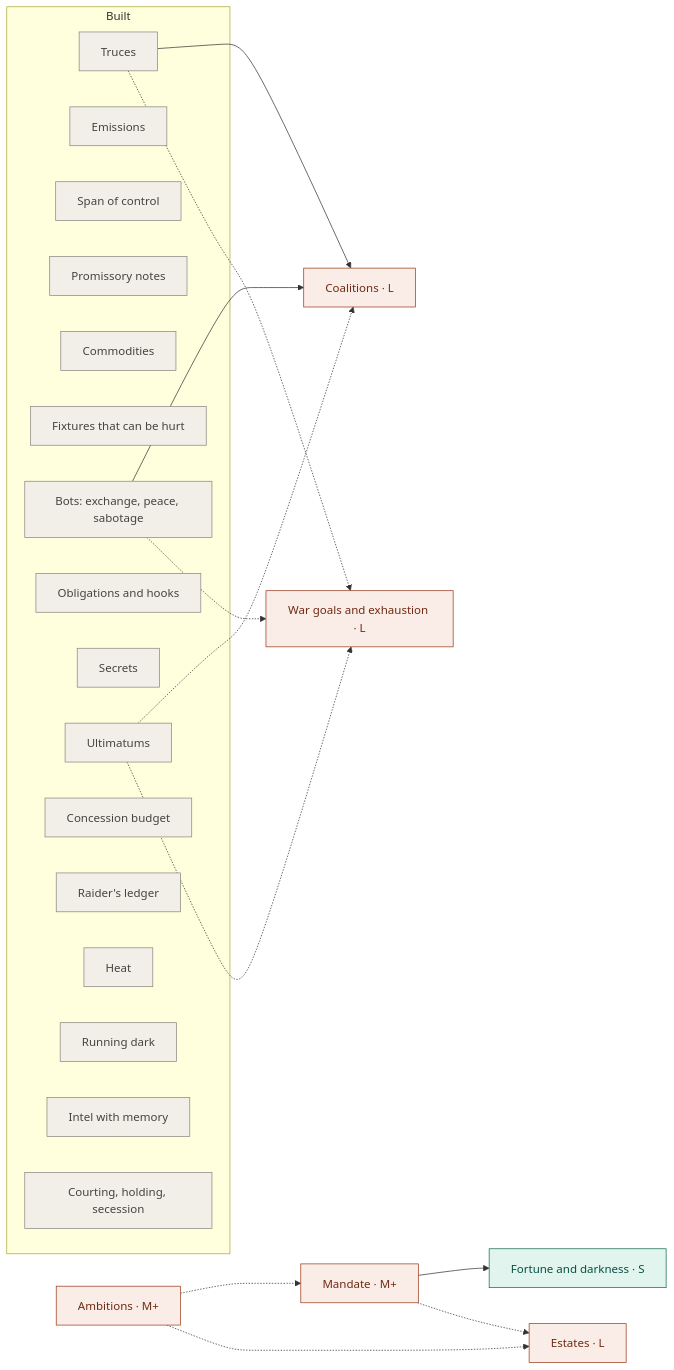
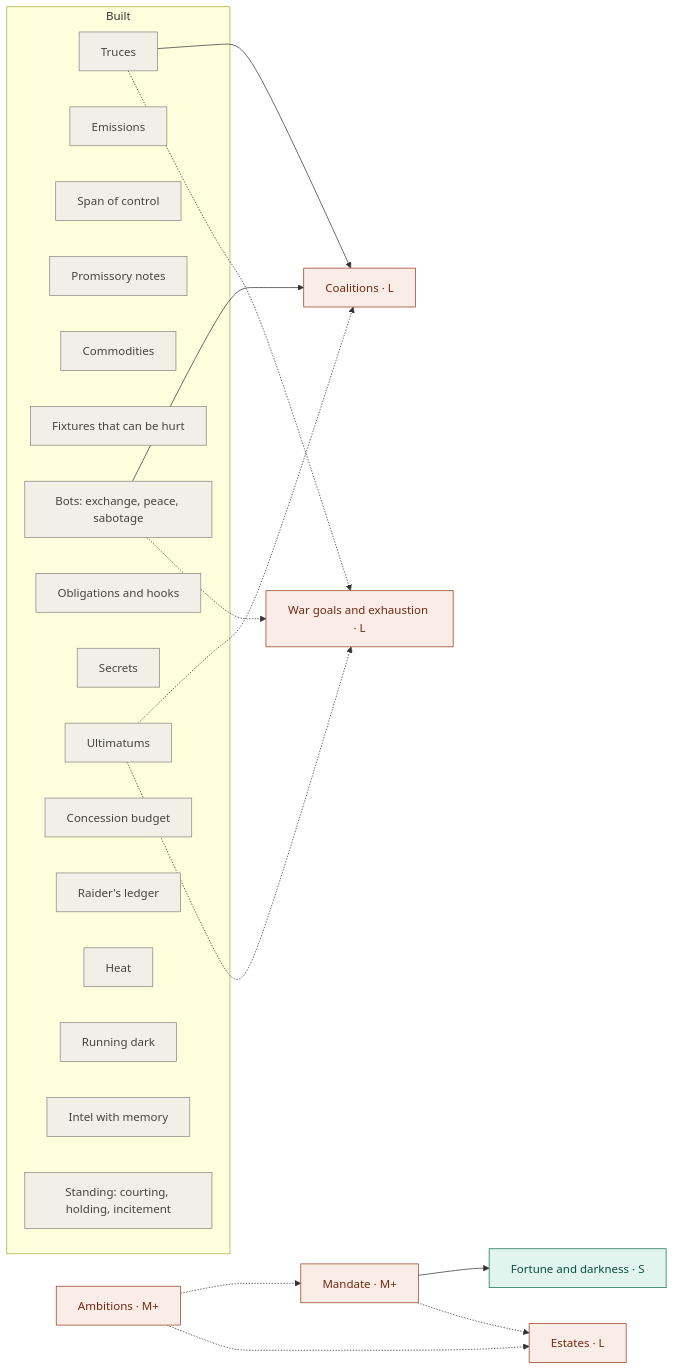
One commit to 1adityashetty1/paxgalactica changed the diagram in docs/brainstorm-2026-10-02.md. Above: the diagram before and after it, drawn with Mermaid.

Commit message:
Build graph: standing is built, incitement with it

````diff
--- a/docs/brainstorm-2026-10-02.md
+++ b/docs/brainstorm-2026-10-02.md
@@ -623,35 +623,35 @@
 ```mermaid
 flowchart LR
   classDef light fill:#E1F5EE,stroke:#0F6E56,color:#085041
   classDef heavy fill:#FAECE7,stroke:#993C1D,color:#712B13
   classDef done fill:#F1EFE8,stroke:#888780,color:#444441
 
   subgraph built["Built"]
     truces["Truces"]:::done
     emissions["Emissions"]:::done
     span["Span of control"]:::done
     notes["Promissory notes"]:::done
     commodities["Commodities"]:::done
     fixtures["Fixtures that can be hurt"]:::done
     accords["Bots: exchange, peace, sabotage"]:::done
     obligations["Obligations and hooks"]:::done
     secrets["Secrets"]:::done
     ultimatums["Ultimatums"]:::done
     concession["Concession budget"]:::done
     ledger["Raider's ledger"]:::done
     heat["Heat"]:::done
     dark["Running dark"]:::done
     intel["Intel with memory"]:::done
-    courting["Courting, holding, secession"]:::done
+    courting["Standing: courting, holding, incitement"]:::done
   end
 
   truces --> coalitions["Coalitions · L"]:::heavy
   accords --> coalitions
   ultimatums -.-> coalitions
   truces -.-> wargoals["War goals and exhaustion · L"]:::heavy
   accords -.-> wargoals
   ultimatums -.-> wargoals
   ambitions["Ambitions · M+"]:::heavy -.-> mandate["Mandate · M+"]:::heavy --> fortune["Fortune and darkness · S"]:::light
   ambitions -.-> estates["Estates · L"]:::heavy
   mandate -.-> estates
 ```
````
